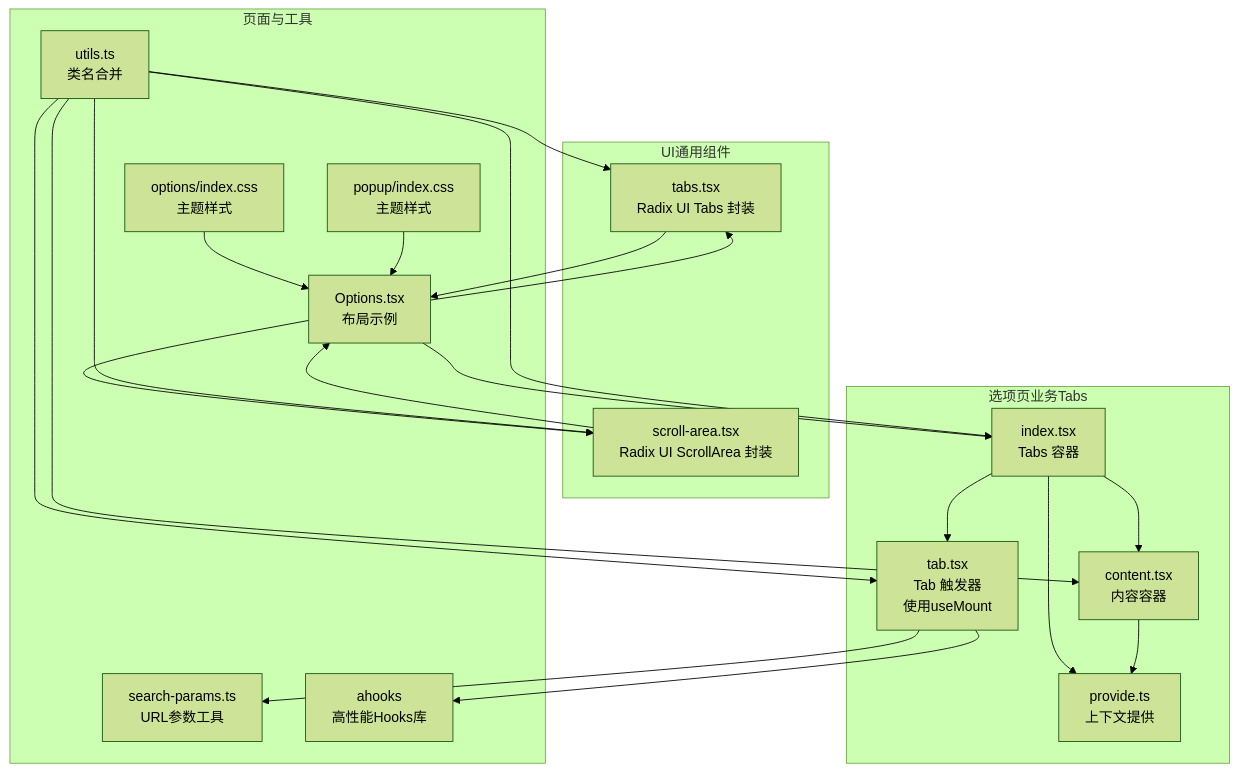
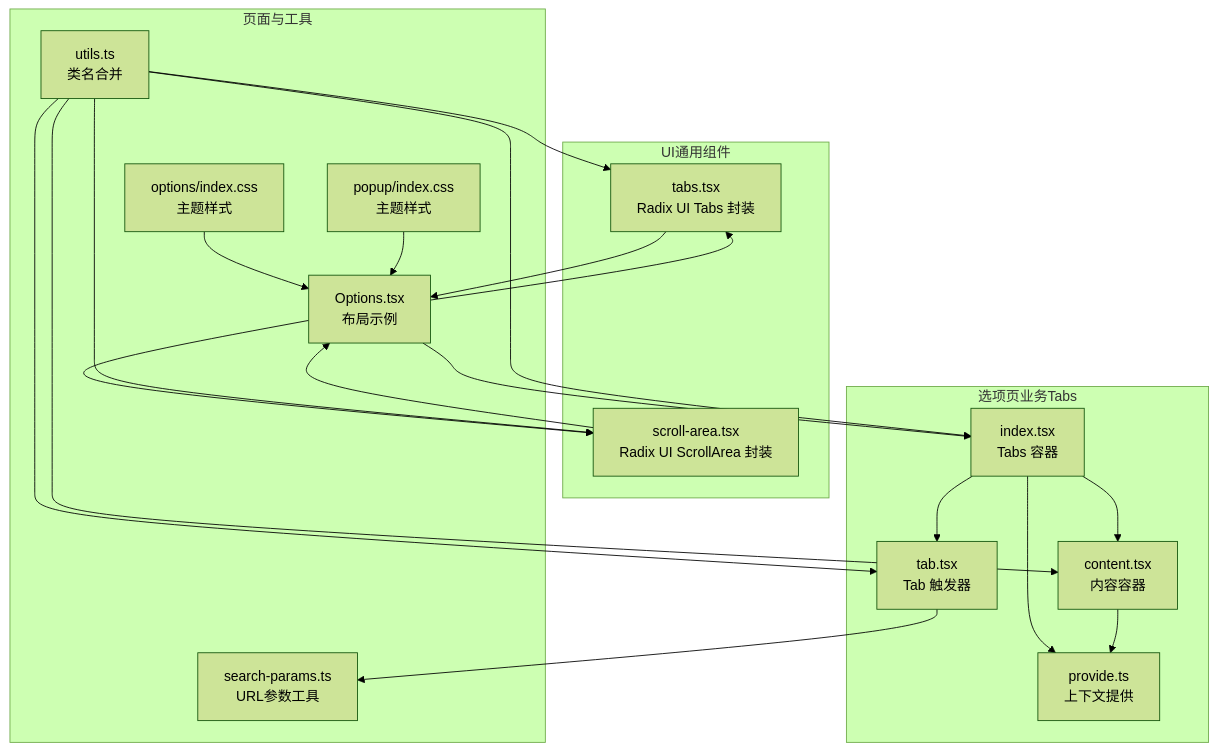
The first of 6 diagrams in .qoder/repowiki/zh/content/UI组件系统/布局组件.md (RadiumAg/bilibili-favorites), drawn with Mermaid (forest theme) before and after one commit. The commit also changed other lines of this file and 21 other files, not shown here.

````diff
--- a/.qoder/repowiki/zh/content/UI组件系统/布局组件.md
+++ b/.qoder/repowiki/zh/content/UI组件系统/布局组件.md
@@ -49,39 +39,37 @@
 ```mermaid
 graph TB
 subgraph "UI通用组件"
 U1["tabs.tsx<br/>Radix UI Tabs 封装"]
 U2["scroll-area.tsx<br/>Radix UI ScrollArea 封装"]
 end
 subgraph "选项页业务Tabs"
 O1["index.tsx<br/>Tabs 容器"]
-O2["tab.tsx<br/>Tab 触发器<br/>使用useMount"]
+O2["tab.tsx<br/>Tab 触发器"]
 O3["content.tsx<br/>内容容器"]
 O4["provide.ts<br/>上下文提供"]
 end
 subgraph "页面与工具"
 P1["Options.tsx<br/>布局示例"]
 T1["search-params.ts<br/>URL参数工具"]
 L1["utils.ts<br/>类名合并"]
 C1["options/index.css<br/>主题样式"]
 C2["popup/index.css<br/>主题样式"]
-A1["ahooks<br/>高性能Hooks库"]
 end
 U1 --> P1
 U2 --> P1
 O1 --> O2
 O1 --> O3
 O1 --> O4
 O2 --> T1
-O2 --> A1
 O3 --> O4
 P1 --> O1
 P1 --> U1
 P1 --> U2
 L1 --> U1
 L1 --> U2
 L1 --> O1
 L1 --> O2
 L1 --> O3
 C1 --> P1
 C2 --> P1
 ```
````
